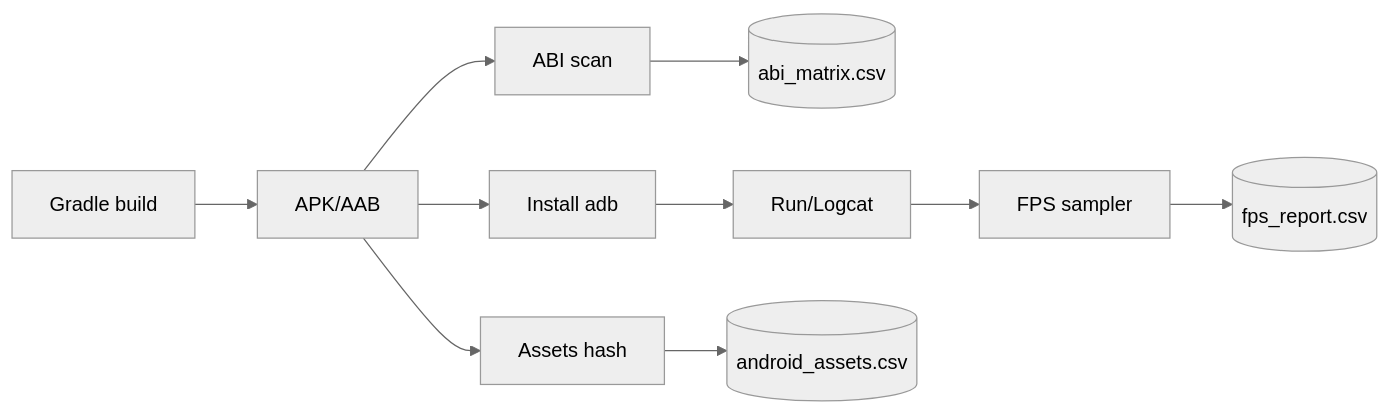
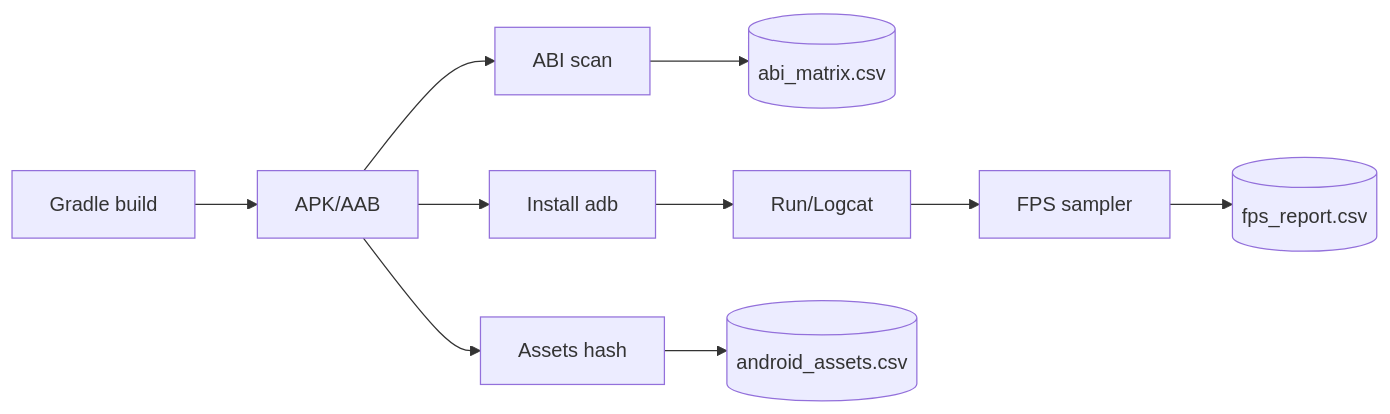
One commit to lukaszj321/otcv8-dev changed the first of 2 diagrams in docs/authoring/_sources/chapter_14_android_docs_export_kit_authoring_agent_ready.md. Above: the diagram before and after it, drawn with Mermaid. The commit also changed other lines of this file, not shown here.

Commit message:
Update Mermaid diagrams in Android documentation

````diff
--- a/docs/authoring/_sources/chapter_14_android_docs_export_kit_authoring_agent_ready.md
+++ b/docs/authoring/_sources/chapter_14_android_docs_export_kit_authoring_agent_ready.md
@@ -286,13 +286,12 @@
 ```{mermaid}
-%%{init: { 'theme': 'neutral' }}%%
 flowchart LR
   A[Gradle build] --> B[APK/AAB]
   B --> C[ABI scan]
   C --> D[(abi_matrix.csv)]
   B --> E[Install adb]
   E --> F[Run/Logcat]
   F --> G[FPS sampler]
   G --> H[(fps_report.csv)]
   B --> I[Assets hash]
   I --> J[(android_assets.csv)]
 ```
````
